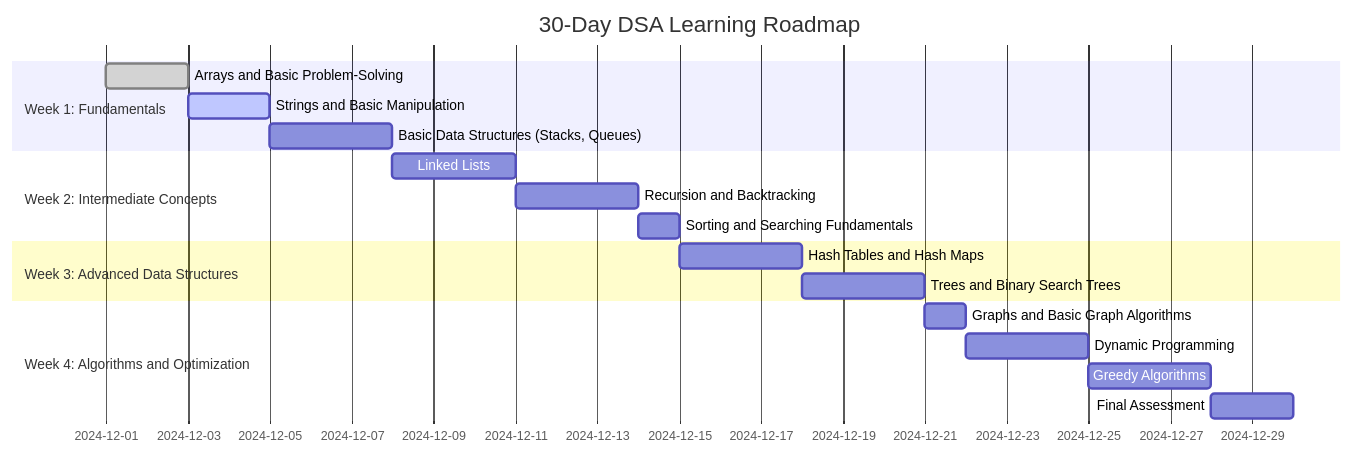
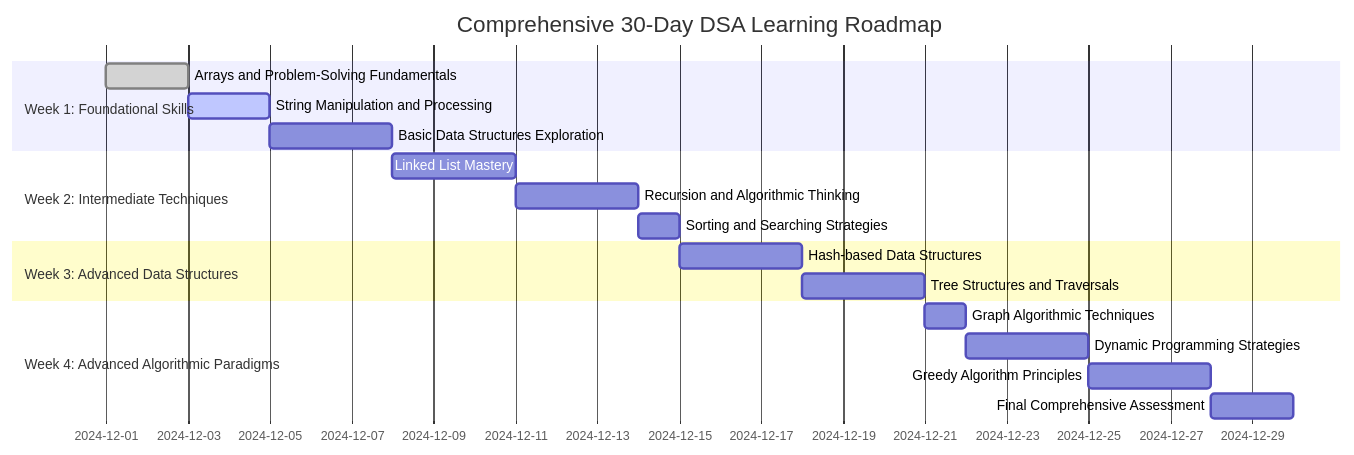
Before and after one commit to biwasbhandari/DSA: the diagram in README.md, drawn with Mermaid. The commit also changed other lines of this file, not shown here.

````diff
--- a/README.md
+++ b/README.md
@@ -24,21 +24,21 @@
 ```mermaid
 gantt
-title 30-Day DSA Learning Roadmap
+title Comprehensive 30-Day DSA Learning Roadmap
 dateFormat  YYYY-MM-DD
-section Week 1: Fundamentals
-Arrays and Basic Problem-Solving          :done, 2024-12-01, 2d
-Strings and Basic Manipulation            :active, 2024-12-03, 2d
-Basic Data Structures (Stacks, Queues)    : 2024-12-05, 3d
-section Week 2: Intermediate Concepts
-Linked Lists                              : 2024-12-08, 3d
-Recursion and Backtracking                : 2024-12-11, 3d
-Sorting and Searching Fundamentals        : 2024-12-14, 1d
+section Week 1: Foundational Skills
+Arrays and Problem-Solving Fundamentals    :done, 2024-12-01, 2d
+String Manipulation and Processing          :active, 2024-12-03, 2d
+Basic Data Structures Exploration           : 2024-12-05, 3d
+section Week 2: Intermediate Techniques
+Linked List Mastery                        : 2024-12-08, 3d
+Recursion and Algorithmic Thinking          : 2024-12-11, 3d
+Sorting and Searching Strategies            : 2024-12-14, 1d
 section Week 3: Advanced Data Structures
-Hash Tables and Hash Maps                 : 2024-12-15, 3d
-Trees and Binary Search Trees             : 2024-12-18, 3d
-section Week 4: Algorithms and Optimization
-Graphs and Basic Graph Algorithms         : 2024-12-21, 1d
-Dynamic Programming                       : 2024-12-22, 3d
-Greedy Algorithms                         : 2024-12-25, 3d
-Final Assessment                          : 2024-12-28, 2d
+Hash-based Data Structures                  : 2024-12-15, 3d
+Tree Structures and Traversals               : 2024-12-18, 3d
+section Week 4: Advanced Algorithmic Paradigms
+Graph Algorithmic Techniques                : 2024-12-21, 1d
+Dynamic Programming Strategies              : 2024-12-22, 3d
+Greedy Algorithm Principles                 : 2024-12-25, 3d
+Final Comprehensive Assessment              : 2024-12-28, 2d
 ```
````
